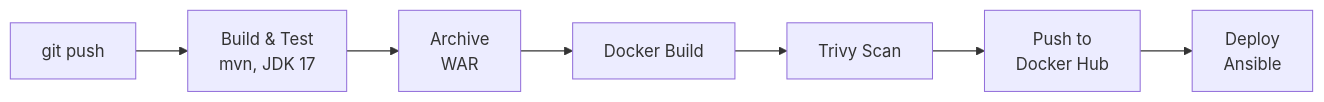
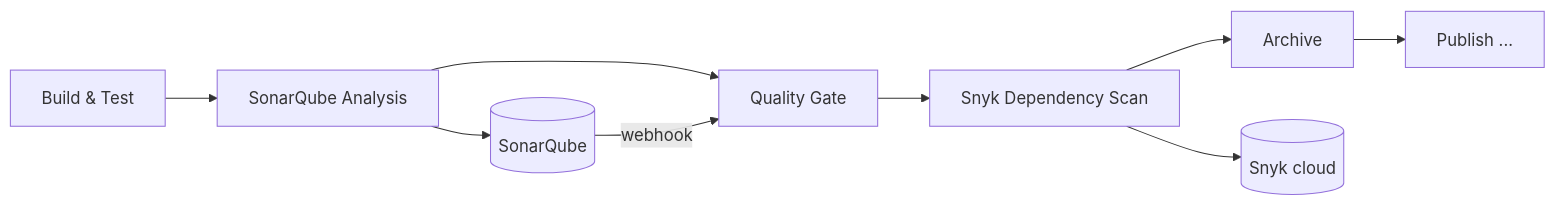
Before and after one commit to nazariybu/travelagency: the diagram in REPORT.md, drawn with Mermaid. The commit also changed other lines of this file and 1 other file, not shown here.

Commit message:
docs: SonarQube and Snyk

````diff
--- a/REPORT.md
+++ b/REPORT.md
@@ -83,4 +28,7 @@
 ```mermaid
 flowchart LR
-    G["git push"] --> B["Build & Test<br/>mvn, JDK 17"] --> AR["Archive<br/>WAR"] --> DB2["Docker Build"] --> T["Trivy Scan"] --> P["Push to<br/>Docker Hub"] --> D["Deploy<br/>Ansible"]
+    B["Build & Test"] --> S["SonarQube Analysis"] --> Q["Quality Gate"] --> K["Snyk Dependency Scan"] --> A["Archive"] --> P["Publish ..."]
+    S --> SQ[("SonarQube")]
+    SQ -->|webhook| Q
+    K --> SN[("Snyk cloud")]
 ```
````
